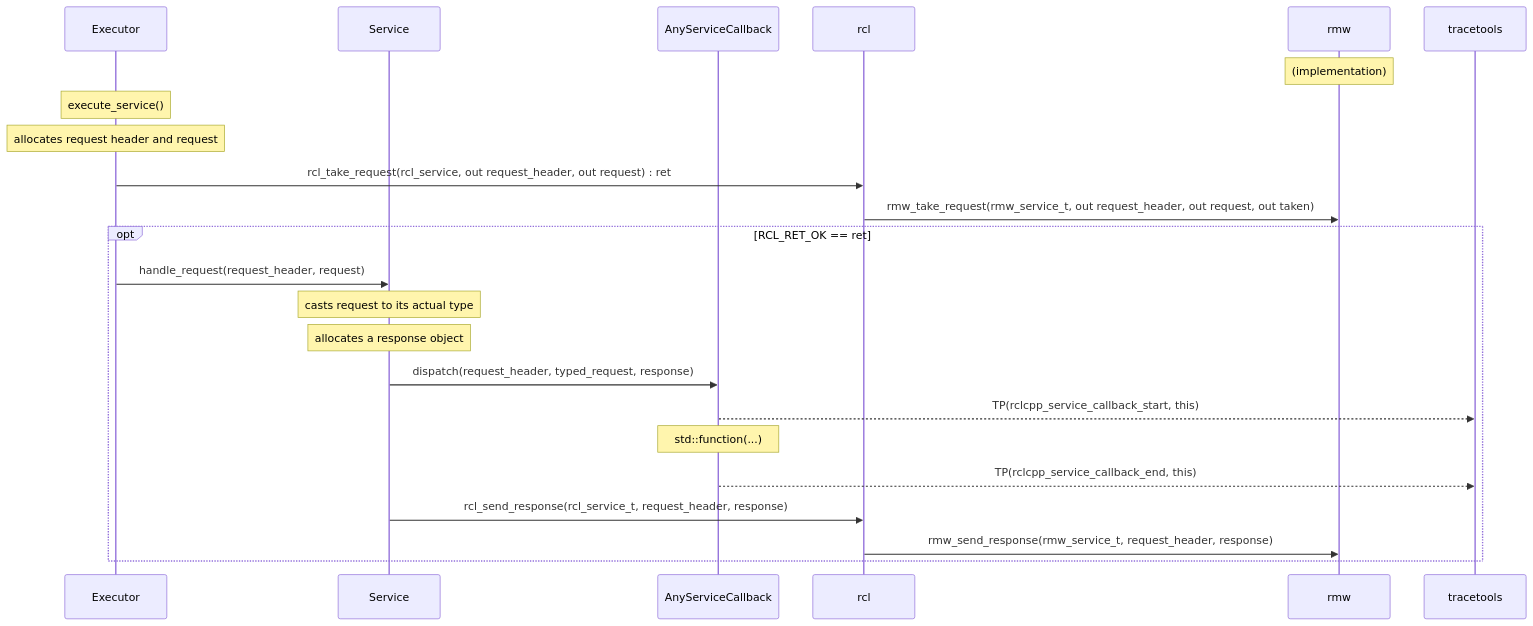
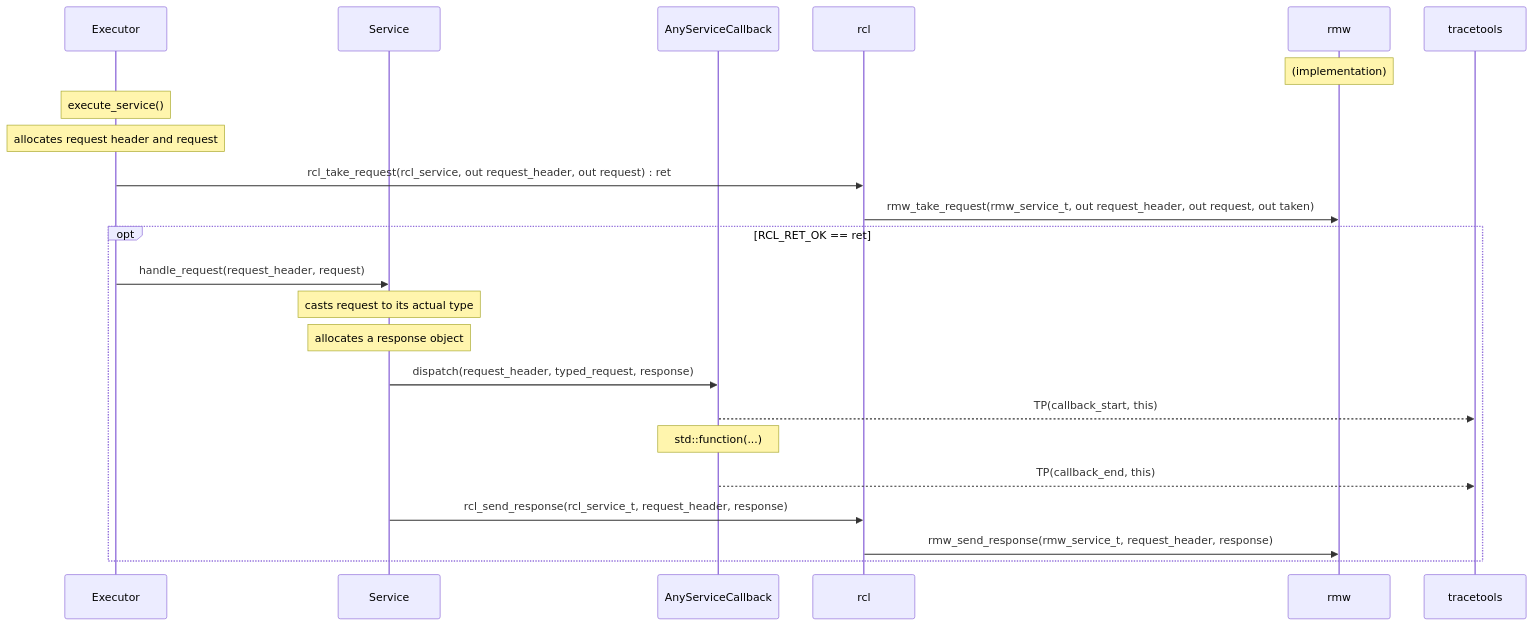
Before and after one commit to ros2/ros2_tracing: the ninth of 13 diagrams in doc/design_ros_2.md, drawn with Mermaid. The commit also changed other lines of this file, not shown here.

Commit message:
Update callback_* events

````diff
--- a/doc/design_ros_2.md
+++ b/doc/design_ros_2.md
@@ -316,27 +316,27 @@
 ```mermaid
 sequenceDiagram
     participant Executor
     participant Service
     participant AnyServiceCallback
     participant rcl
     participant rmw
     participant tracetools
 
     Note over rmw: (implementation)
 
     Note over Executor: execute_service()
     Note over Executor: allocates request header and request
     Executor->>rcl: rcl_take_request(rcl_service, out request_header, out request) : ret
     rcl->>rmw: rmw_take_request(rmw_service_t, out request_header, out request, out taken)
     opt RCL_RET_OK == ret
         Executor->>Service: handle_request(request_header, request)
         Note over Service: casts request to its actual type
         Note over Service: allocates a response object
         Service->>AnyServiceCallback: dispatch(request_header, typed_request, response)
-        AnyServiceCallback-->>tracetools: TP(rclcpp_service_callback_start, this)
+        AnyServiceCallback-->>tracetools: TP(callback_start, this)
         Note over AnyServiceCallback: std::function(...)
-        AnyServiceCallback-->>tracetools: TP(rclcpp_service_callback_end, this)
+        AnyServiceCallback-->>tracetools: TP(callback_end, this)
         Service->>rcl: rcl_send_response(rcl_service_t, request_header, response)
         rcl->>rmw: rmw_send_response(rmw_service_t, request_header, response)
     end
 ```
````
